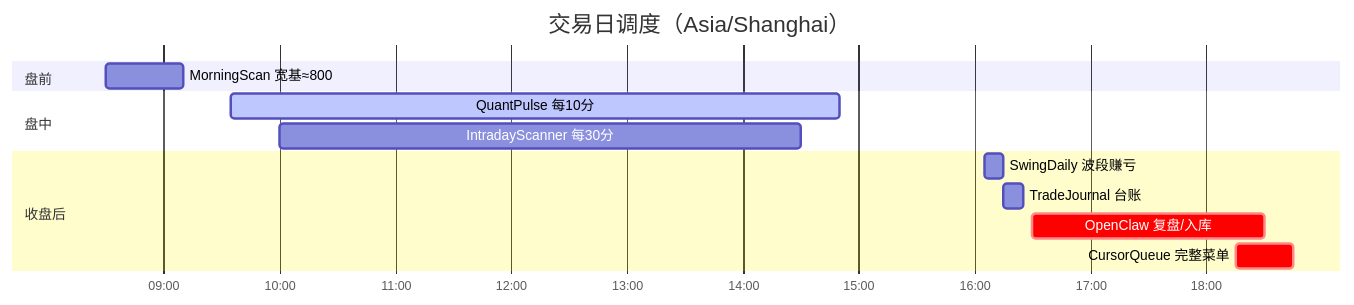
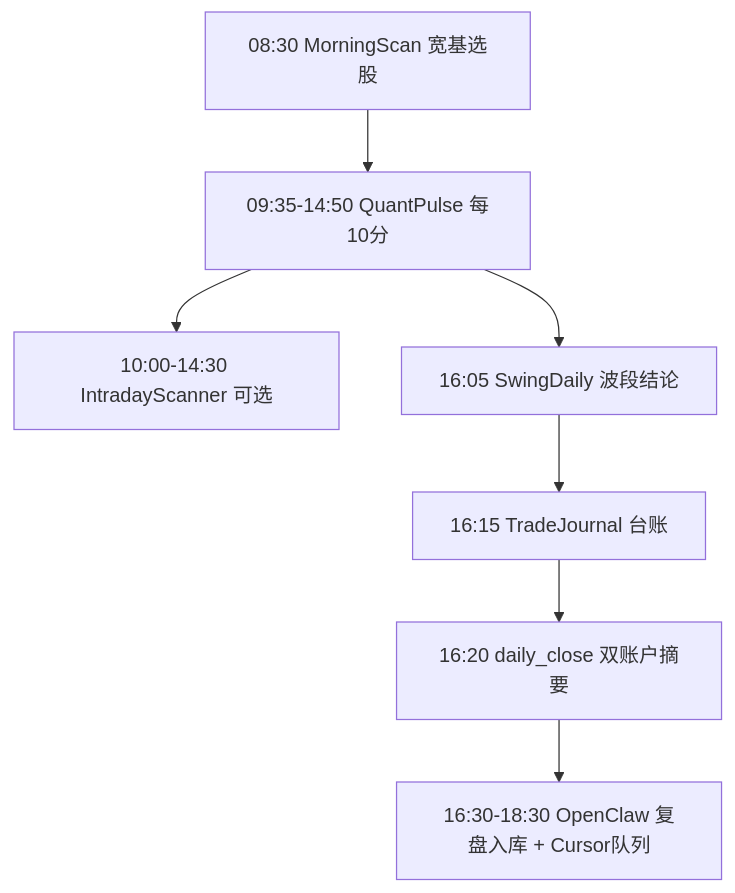
The diagram in docs/CRON_JOBS.md (shaohjz/quant-learn), drawn with Mermaid before and after one commit. The commit also changed other lines of this file and 1 other file, not shown here.

First line of the commit message:
docs: 修 CRON 日程图 Mermaid 语法并理顺时间表

````diff
--- a/docs/CRON_JOBS.md
+++ b/docs/CRON_JOBS.md
@@ -12,16 +12,9 @@
 ```mermaid
-gantt
-    title 交易日调度（Asia/Shanghai）
-    dateFormat HH:mm
-    axisFormat %H:%M
-    section 盘前
-    MorningScan 宽基≈800     :m1, 08:30, 40m
-    section 盘中
-    QuantPulse 每10分        :active, p1, 09:35, 315m
-    IntradayScanner 每30分   :i1, 10:00, 270m
-    section 收盘后
-    SwingDaily 波段赚亏      :s1, 16:05, 10m
-    TradeJournal 台账        :t1, 16:15, 10m
-    OpenClaw 复盘/入库       :crit, r1, 16:30, 120m
-    CursorQueue 完整菜单      :crit, q1, 18:15, 30m
+flowchart TD
+  A["08:30 MorningScan 宽基选股"] --> B["09:35-14:50 QuantPulse 每10分"]
+  B --> C["10:00-14:30 IntradayScanner 可选"]
+  B --> D["16:05 SwingDaily 波段结论"]
+  D --> E["16:15 TradeJournal 台账"]
+  E --> F["16:20 daily_close 双账户摘要"]
+  F --> G["16:30-18:30 OpenClaw 复盘入库 + Cursor队列"]
 ```
````
